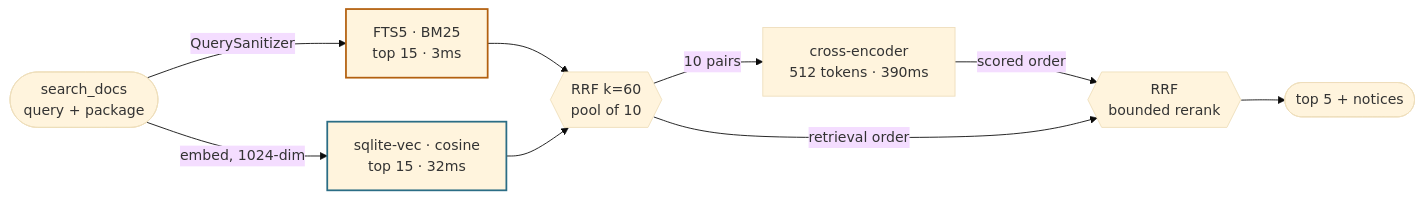
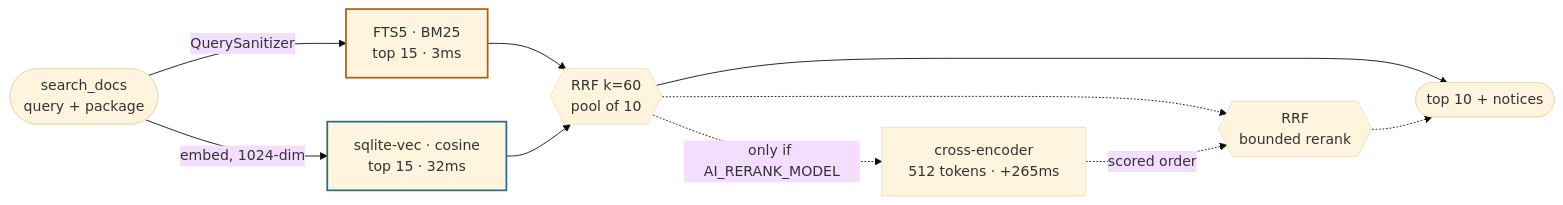
One commit to dwyl/local-hex-mcp changed the first of 2 diagrams in README.md. Above: the diagram before and after it, drawn with Mermaid (base theme). The commit also changed other lines of this file and 23 other files, not shown here.

````diff
--- a/README.md
+++ b/README.md
@@ -345,21 +462,22 @@
 ```mermaid
 flowchart LR
     Q([search_docs<br/>query + package])
 
     Q -->|QuerySanitizer| FTS["FTS5 · BM25<br/>top 15 · 3ms"]
     Q -->|embed, 1024-dim| VEC["sqlite-vec · cosine<br/>top 15 · 32ms"]
 
     FTS --> RRF1{{"RRF k=60<br/>pool of 10"}}
     VEC --> RRF1
 
-    RRF1 -->|10 pairs| CE["cross-encoder<br/>512 tokens · 390ms"]
-    CE -->|scored order| RRF2{{"RRF<br/>bounded rerank"}}
-    RRF1 -->|retrieval order| RRF2
+    RRF1 --> OUT([top 10 + notices])
 
-    RRF2 --> OUT([top 5 + notices])
+    RRF1 -.->|only if AI_RERANK_MODEL| CE["cross-encoder<br/>512 tokens · +265ms"]
+    RRF1 -.-> RRF2
+    CE -.->|scored order| RRF2{{"RRF<br/>bounded rerank"}}
+    RRF2 -.-> OUT
 
     classDef lex stroke:#b3600f,stroke-width:2px
     classDef vecc stroke:#2b6d85,stroke-width:2px
     class FTS lex
     class VEC vecc
 ```
````
